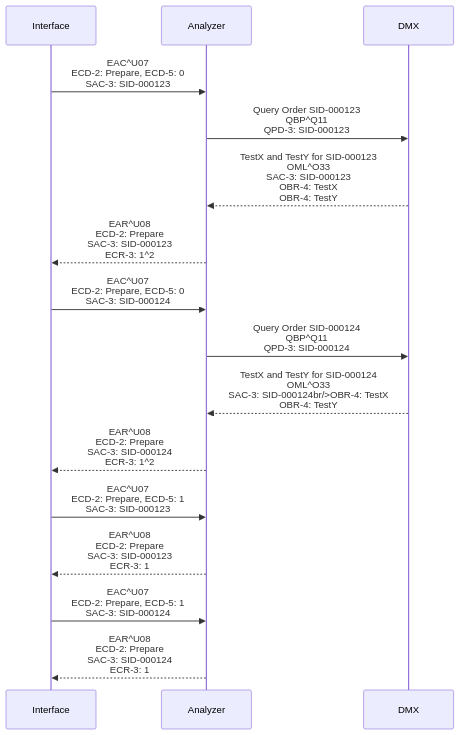
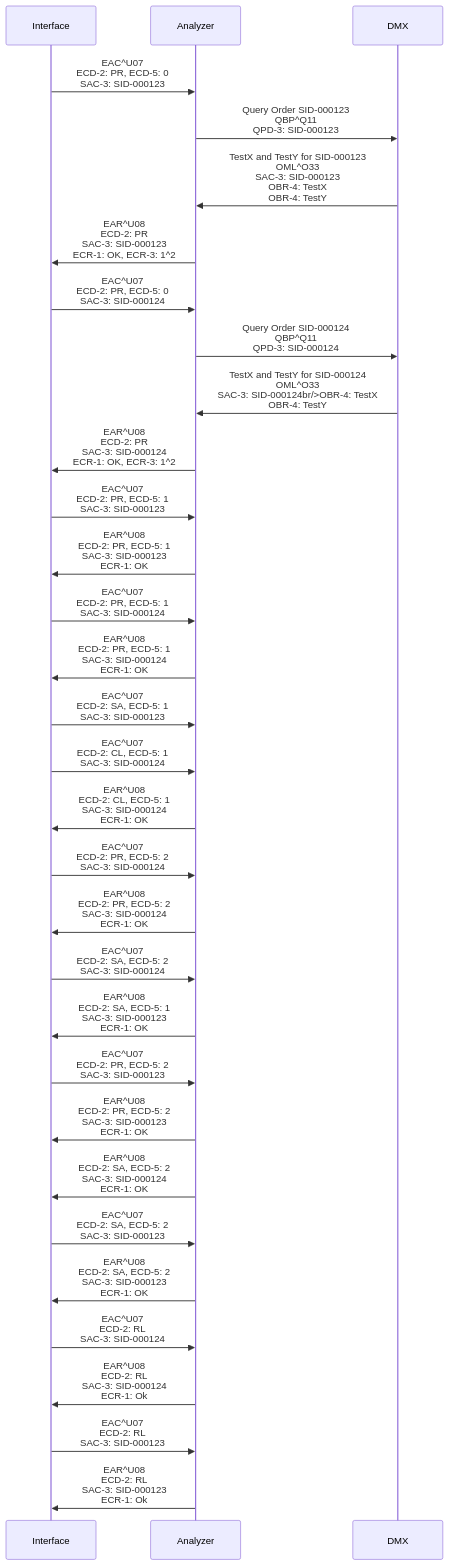
Before and after one commit to specialk74/trackviz: the diagram in scenes/pkl_1.mmd, drawn with Mermaid. The commit also changed 17 other files, not shown here.

```diff
--- a/scenes/pkl_1.mmd
+++ b/scenes/pkl_1.mmd
@@ -1,62 +1,112 @@
 %% # Scene 13 — spur with one analyzer and two needles, happy path
 %% # C1 needs both needles, C2 only needle 2: Prepare at the NSD, Prepare again at each
 %% # divert that diverts it, one Sample Acquisition per needle with the Needle parameter.
 %% # Carrier flow: right to left on the Main-Lane, up the spur, down the back branch.
 %% # Coordinates are in a fixed 1920x1080 space (track panel: x 30..950, y 120..885).
 %% # Points left of x=30 or right of x=950 are outside the panel (hidden).
 %% geometry spur2
 %% subtitle Spur with one analyzer and two sampling points — happy path
 sequenceDiagram
     participant IF as Interface
     participant AN as Analyzer
     participant DMX as DMX
 
-    %% carrier id=C1 sid=SID-000123 route=main_in,pit1,pit2,gone
-    %% carrier id=C2 sid=SID-000124 route=spawn,pit2,gone color=#0EA5E9
+    %% carrier id=C1 sid=SID-000123
+    %% carrier id=C2 sid=SID-000124 color=#0EA5E9
+    %% carrier id=C2L sid=SID-000124 start=antenna3 color=#0EA5E9 ghost hidden tag=SID-000124_(expected)
+    %% @video message=0.5
 
-    %% at 2.5
-    %% move C1 to d1
-    %% at 2.89
-    %% move C2 to d1
+    %% at 1.5
+    %% move C1 to antenna2
+    %% at 1.8
+    %% move C2 to antenna2
 
-    %% on antenna1 C1
-    IF->>AN: EAC^U07<br/>ECD-2: Prepare, ECD-5: 0<br/>SAC-3: SID-000123
-    %% after 0.2 antenna1 C1
+    %% on antenna2 C1
+    IF->>AN: EAC^U07<br/>ECD-2: PR, ECD-5: 0<br/>SAC-3: SID-000123
     AN->>DMX: Query Order SID-000123<br/>QBP^Q11<br/>QPD-3: SID-000123
-    %% after 0.4 antenna1 C2
-    DMX-->>AN: TestX and TestY for SID-000123<br/>OML^O33<br/>SAC-3: SID-000123<br/>OBR-4: TestX<br/>OBR-4: TestY
-    %% after 0.6 antenna1 C2
-    AN-->>IF: EAR^U08<br/>ECD-2: Prepare<br/>SAC-3: SID-000123<br/>ECR-3: 1^2
+    DMX->>AN: TestX and TestY for SID-000123<br/>OML^O33<br/>SAC-3: SID-000123<br/>OBR-4: TestX<br/>OBR-4: TestY
+    AN->>IF: EAR^U08<br/>ECD-2: PR<br/>SAC-3: SID-000123<br/>ECR-1: OK, ECR-3: 1^2
+    %% pass antenna2 C1
+
+    %% on antenna2 C2
+    IF->>AN: EAC^U07<br/>ECD-2: PR, ECD-5: 0<br/>SAC-3: SID-000124
+    AN->>DMX: Query Order SID-000124<br/>QBP^Q11<br/>QPD-3: SID-000124
+    DMX->>AN: TestX and TestY for SID-000124<br/>OML^O33<br/>SAC-3: SID-000124br/>OBR-4: TestX<br/>OBR-4: TestY
+    AN->>IF: EAR^U08<br/>ECD-2: PR<br/>SAC-3: SID-000124<br/>ECR-1: OK, ECR-3: 1^2
+    %% pass antenna2 C2
+
+    %% on antenna3 C1
+    %% color #9333EA
+    %% id eac-u07-c1
+    IF->>AN: EAC^U07<br/>ECD-2: PR, ECD-5: 1<br/>SAC-3: SID-000123
+    %% on antenna3 C1
+    %% caption 2 · Standard divert — Prepare again | Each carrier is diverted into the spur without stopping (Prepare), then stops at the divert and is read. The first needs needle 1: Prepare again and diverted. The second only needs needle 2: straight on.
+    %% after 0 eac-u07-c1
+    AN->>IF: EAR^U08<br/>ECD-2: PR, ECD-5: 1<br/>SAC-3: SID-000123<br/>ECR-1: OK
+    %% divert antenna3 C1
+
+    %% on antenna3 C2
+    %% color #9333EA
+    IF->>AN: EAC^U07<br/>ECD-2: PR, ECD-5: 1<br/>SAC-3: SID-000124
+    %% id ear-u08-c2
+    AN->>IF: EAR^U08<br/>ECD-2: PR, ECD-5: 1<br/>SAC-3: SID-000124<br/>ECR-1: OK
+
+    %% on antenna4 C1
+    %% id eac-u07-c1-2
+    IF->>AN: EAC^U07<br/>ECD-2: SA, ECD-5: 1<br/>SAC-3: SID-000123
+    %% after 0 ear-u08-c2
+    %% pass antenna3 C2
+    %% id show-c2l
+    %% show C2L duration=0.4
+    %% after 0 eac-u07-c1-2
+    %% id pipette-antenna4
+    %% pipette antenna4 duration=8.5 sid=SID-000123
+    %% after 0 show-c2l
+    %% divert antenna3 C2L
+
+    %% on antenna5 C2
+    IF->>AN: EAC^U07<br/>ECD-2: CL, ECD-5: 1<br/>SAC-3: SID-000124
+    AN->>IF: EAR^U08<br/>ECD-2: CL, ECD-5: 1<br/>SAC-3: SID-000124<br/>ECR-1: OK
+    %% hide C2L
+    IF->>AN: EAC^U07<br/>ECD-2: PR, ECD-5: 2<br/>SAC-3: SID-000124
+    AN->>IF: EAR^U08<br/>ECD-2: PR, ECD-5: 2<br/>SAC-3: SID-000124<br/>ECR-1: OK
+    %% divert antenna5 C2
+    
+    %% on antenna6 C2
+    IF->>AN: EAC^U07<br/>ECD-2: SA, ECD-5: 2<br/>SAC-3: SID-000124
+    %% id pipette-antenna6
+    %% pipette antenna6 duration=5.5 sid=SID-000124
+    %% after 0 pipette-antenna4
+    AN->>IF: EAR^U08<br/>ECD-2: SA, ECD-5: 1<br/>SAC-3: SID-000123<br/>ECR-1: OK
+    %% pass antenna4 C1
+
+    %% on antenna5 C1
+    IF->>AN: EAC^U07<br/>ECD-2: PR, ECD-5: 2<br/>SAC-3: SID-000123
+    %% id ear-u08-c1
+    AN->>IF: EAR^U08<br/>ECD-2: PR, ECD-5: 2<br/>SAC-3: SID-000123<br/>ECR-1: OK
+    %% after 0 pipette-antenna6
+    %% id ear-u08-c2-2
+    AN->>IF: EAR^U08<br/>ECD-2: SA, ECD-5: 2<br/>SAC-3: SID-000124<br/>ECR-1: OK
+    %% after 0 ear-u08-c1
+    %% divert antenna5 C1
+    %% after 0 ear-u08-c2-2
+    %% pass antenna6 C2
+    
+    %% on antenna6 C1
+    IF->>AN: EAC^U07<br/>ECD-2: SA, ECD-5: 2<br/>SAC-3: SID-000123
+    %% pipette antenna6 duration=5.5 sid=SID-000123
+    AN->>IF: EAR^U08<br/>ECD-2: SA, ECD-5: 2<br/>SAC-3: SID-000123<br/>ECR-1: OK
+    %% pass antenna6 C1
+
+    %% on antenna7 C2
+    IF->>AN: EAC^U07<br/>ECD-2: RL<br/>SAC-3: SID-000124
+    AN->>IF: EAR^U08<br/>ECD-2: RL<br/>SAC-3: SID-000124<br/>ECR-1: Ok
+    %% pass antenna7 C2
+
+    %% on antenna7 C1
+    IF->>AN: EAC^U07<br/>ECD-2: RL<br/>SAC-3: SID-000123
+    AN->>IF: EAR^U08<br/>ECD-2: RL<br/>SAC-3: SID-000123<br/>ECR-1: Ok
+    %% pass antenna7 C1
 
 
-    %% on antenna1 C2
-    IF->>AN: EAC^U07<br/>ECD-2: Prepare, ECD-5: 0<br/>SAC-3: SID-000124
-    %% after 0.2 antenna1 C2
-    AN->>DMX: Query Order SID-000124<br/>QBP^Q11<br/>QPD-3: SID-000124
-    %% after 0.4 antenna1 C2
-    DMX-->>AN: TestX and TestY for SID-000124<br/>OML^O33<br/>SAC-3: SID-000124br/>OBR-4: TestX<br/>OBR-4: TestY
-    %% after 0.6 antenna1 C2
-    AN-->>IF: EAR^U08<br/>ECD-2: Prepare<br/>SAC-3: SID-000124<br/>ECR-3: 1^2
-
-
-    %% on antenna2 C1
-    %% color #9333EA
-    IF->>AN: EAC^U07<br/>ECD-2: Prepare, ECD-5: 1<br/>SAC-3: SID-000123
-    %% on antenna2 C1 after 0.2
-    AN-->>IF: EAR^U08<br/>ECD-2: Prepare<br/>SAC-3: SID-000123<br/>ECR-3: 1
-    %% after 0.1
-    %% pass div1
-
-    %% on antenna2 C2
-    %% color #9333EA
-    IF->>AN: EAC^U07<br/>ECD-2: Prepare, ECD-5: 1<br/>SAC-3: SID-000124
-    %% after 0.2 antenna2 C2
-    AN-->>IF: EAR^U08<br/>ECD-2: Prepare<br/>SAC-3: SID-000124<br/>ECR-3: 1
-    %% after 0.1
-    %% pass div1
-
-    
-
     %% caption 1 · One analyzer, two sampling points | The spur serves one analyzer with two needles, each on its own pit-lane. Which needles a sample needs depends on its tests: one of them, or both.
-    %% on antenna2 C1
-    %% caption 2 · Standard divert — Prepare again | Each carrier is diverted into the spur without stopping (Prepare), then stops at the divert and is read. The first needs needle 1: Prepare again and diverted. The second only needs needle 2: straight on.
```
